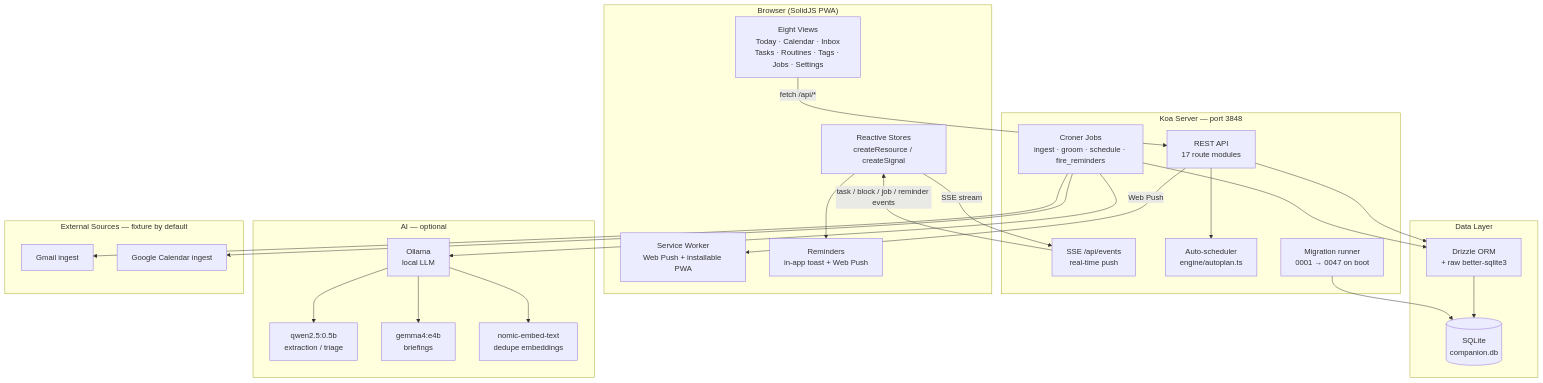
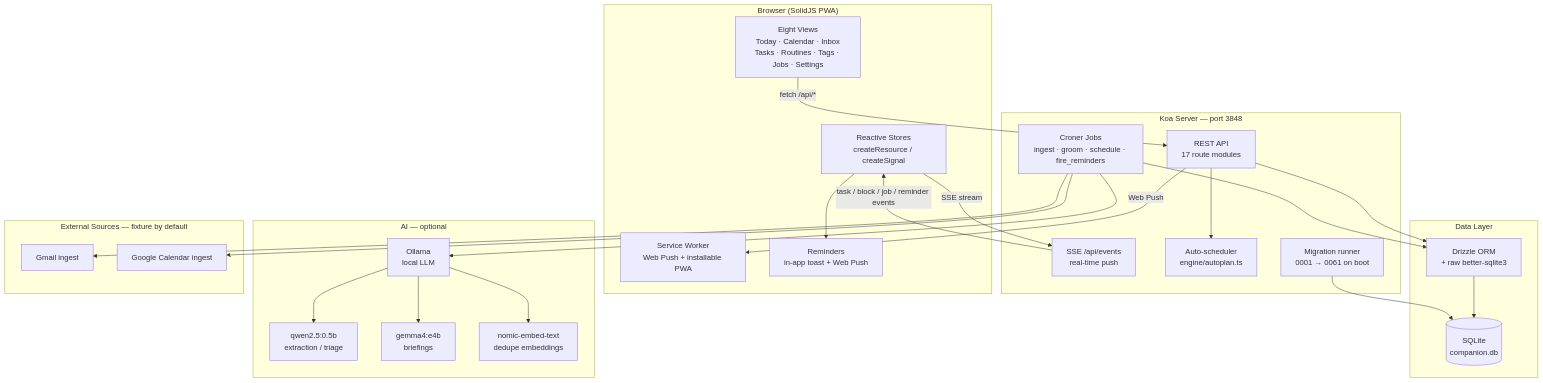
Before and after one commit to companionintelligence/CI-Planning: the diagram in README.md, drawn with Mermaid. The commit also changed other lines of this file, not shown here.

First line of the commit message:
docs(wave2): reconcile README with the as-built connector schema, migrations, env & routes

````diff
--- a/README.md
+++ b/README.md
@@ -30,51 +30,51 @@
 ```mermaid
 graph TB
     subgraph Browser["Browser (SolidJS PWA)"]
         UI[Eight Views<br/>Today · Calendar · Inbox<br/>Tasks · Routines · Tags · Jobs · Settings]
         Store[Reactive Stores<br/>createResource / createSignal]
         SW[Service Worker<br/>Web Push + installable PWA]
         BN[Reminders<br/>in-app toast + Web Push]
     end
 
     subgraph Server["Koa Server — port 3848"]
         API[REST API<br/>17 route modules]
         SSE[SSE /api/events<br/>real-time push]
         Engine[Auto-scheduler<br/>engine/autoplan.ts]
         Cron[Croner Jobs<br/>ingest · groom · schedule · fire_reminders]
-        Migrate[Migration runner<br/>0001 → 0047 on boot]
+        Migrate[Migration runner<br/>0001 → 0061 on boot]
     end
 
     subgraph Data["Data Layer"]
         DB[(SQLite<br/>companion.db)]
         Drizzle[Drizzle ORM<br/>+ raw better-sqlite3]
     end
 
     subgraph AI["AI — optional"]
         Ollama[Ollama<br/>local LLM]
         Small["qwen2.5:0.5b<br/>extraction / triage"]
         Medium["gemma4:e4b<br/>briefings"]
         Embed["nomic-embed-text<br/>dedupe embeddings"]
     end
 
     subgraph Sources["External Sources — fixture by default"]
         Gmail[Gmail ingest]
         GCal[Google Calendar ingest]
     end
 
     UI -->|"fetch /api/*"| API
     Store -->|SSE stream| SSE
     API --> Engine
     API --> Drizzle
     Cron --> Drizzle
     Cron --> Ollama
     Cron --> Gmail
     Cron --> GCal
     Drizzle --> DB
     Migrate --> DB
     Ollama --> Small
     Ollama --> Medium
     Ollama --> Embed
     SSE -->|task / block / job / reminder events| Store
     Store --> BN
     API -->|Web Push| SW
 ```
````
